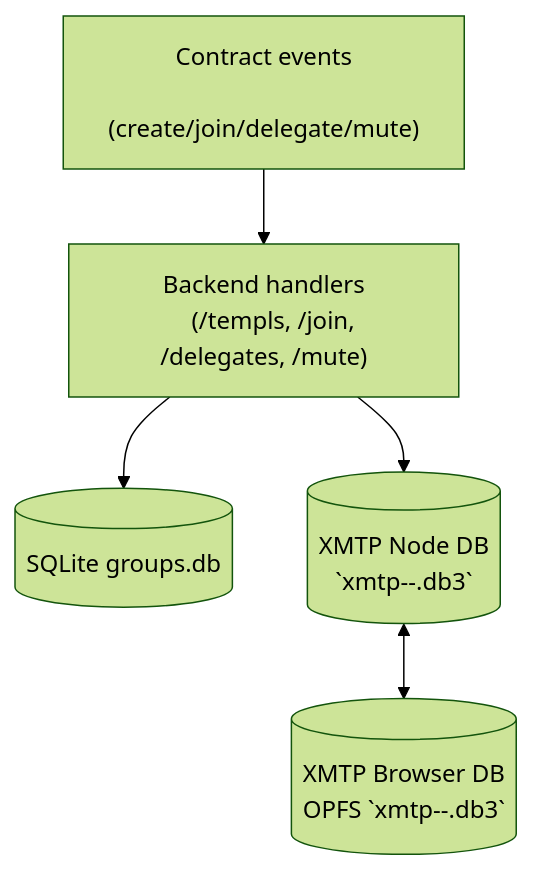
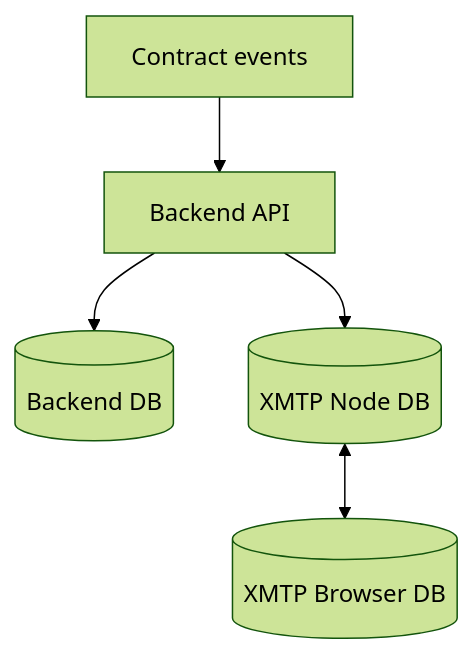
One commit to templ-fun/templ-evm-protocol changed the second of 2 diagrams in PERSISTENCE.md. Above: the diagram before and after it, drawn with Mermaid (forest theme). The commit also changed other lines of this file and 1 other file, not shown here.

Commit message:
docs(persistence): summarize storage and add diagrams

````diff
--- a/PERSISTENCE.md
+++ b/PERSISTENCE.md
@@ -47,11 +46,7 @@
 ```mermaid
 flowchart TD
-    onchain["Contract events
-    (create/join/delegate/mute)"] --> api["Backend handlers
-    (/templs, /join, /delegates, /mute)"]
-    api --> sqlite[("SQLite groups.db")]
-    api --> xmtpNode[("XMTP Node DB
-    `xmtp-<env>-<inboxId>.db3`")]
-    xmtpNode <--> xmtpBrowser[("XMTP Browser DB
-    OPFS `xmtp-<env>-<inboxId>.db3`")]
+    onchain["Contract events"] --> api["Backend API"]
+    api --> sqlite[("Backend DB")]
+    api --> nodeDB[("XMTP Node DB")]
+    nodeDB <--> browserDB[("XMTP Browser DB")]
 ```
````
